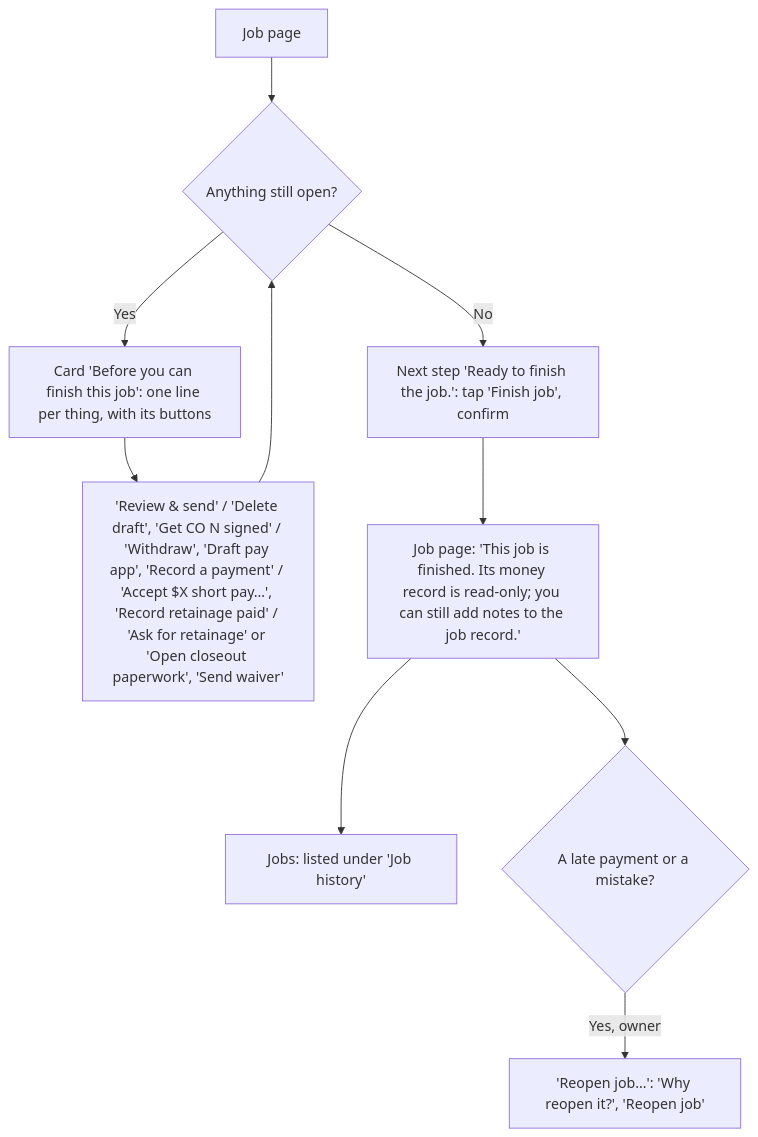
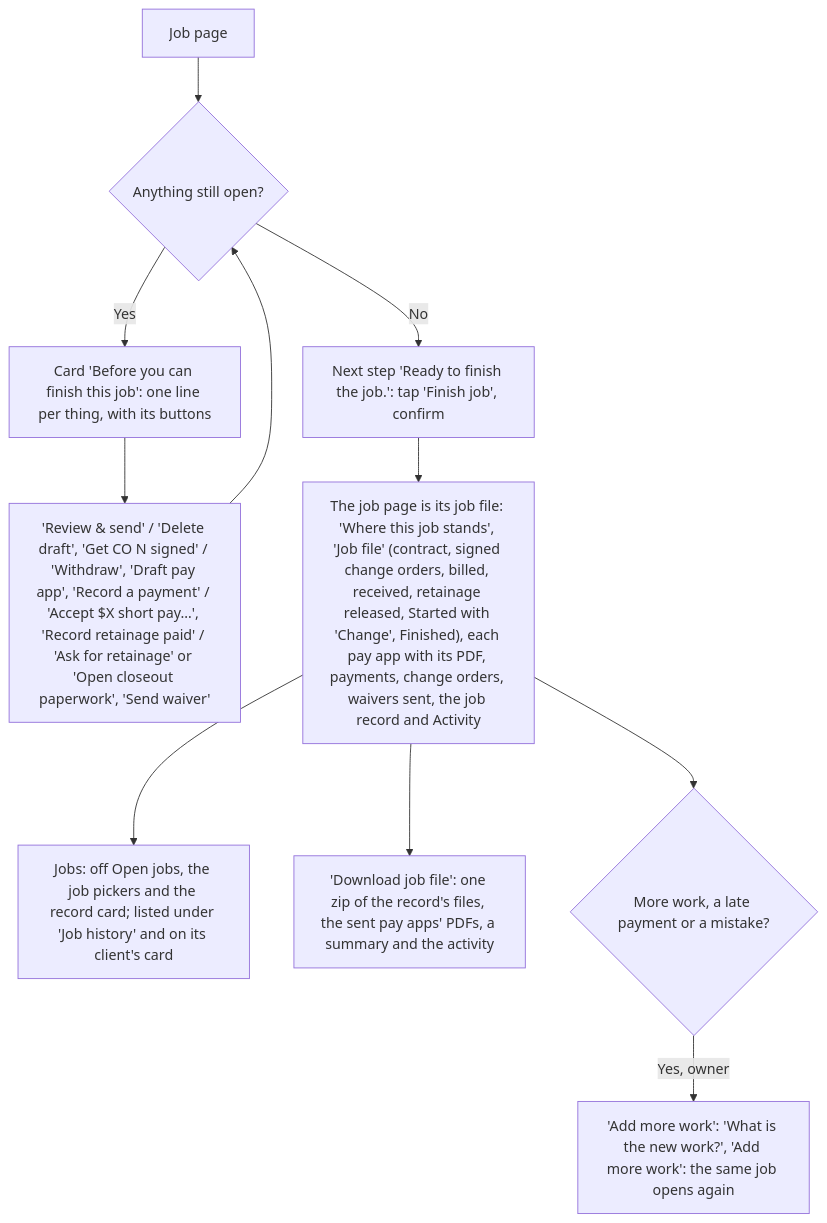
Diagram 13 of 15 in docs/client-flows.md (cartwrightstephen/billdable), drawn with Mermaid before and after one commit. The commit also changed other lines of this file and 13 other files, not shown here.

````diff
--- a/docs/client-flows.md
+++ b/docs/client-flows.md
@@ -476,12 +487,13 @@
 ```mermaid
 flowchart TD
     A["Job page"] --> B{"Anything still open?"}
     B -->|"Yes"| C["Card 'Before you can finish this job': one line per thing, with its buttons"]
     C --> D["'Review & send' / 'Delete draft', 'Get CO N signed' / 'Withdraw', 'Draft pay app', 'Record a payment' / 'Accept $X short pay…', 'Record retainage paid' / 'Ask for retainage' or 'Open closeout paperwork', 'Send waiver'"]
     D --> B
     B -->|"No"| E["Next step 'Ready to finish the job.': tap 'Finish job', confirm"]
-    E --> F["Job page: 'This job is finished. Its money record is read-only; you can still add notes to the job record.'"]
-    F --> G["Jobs: listed under 'Job history'"]
-    F --> H{"A late payment or a mistake?"}
-    H -->|"Yes, owner"| I["'Reopen job…': 'Why reopen it?', 'Reopen job'"]
+    E --> F["The job page is its job file: 'Where this job stands', 'Job file' (contract, signed change orders, billed, received, retainage released, Started with 'Change', Finished), each pay app with its PDF, payments, change orders, waivers sent, the job record and Activity"]
+    F --> G["Jobs: off Open jobs, the job pickers and the record card; listed under 'Job history' and on its client's card"]
+    F --> DL["'Download job file': one zip of the record's files, the sent pay apps' PDFs, a summary and the activity"]
+    F --> H{"More work, a late payment or a mistake?"}
+    H -->|"Yes, owner"| I["'Add more work': 'What is the new work?', 'Add more work': the same job opens again"]
 ```
````
